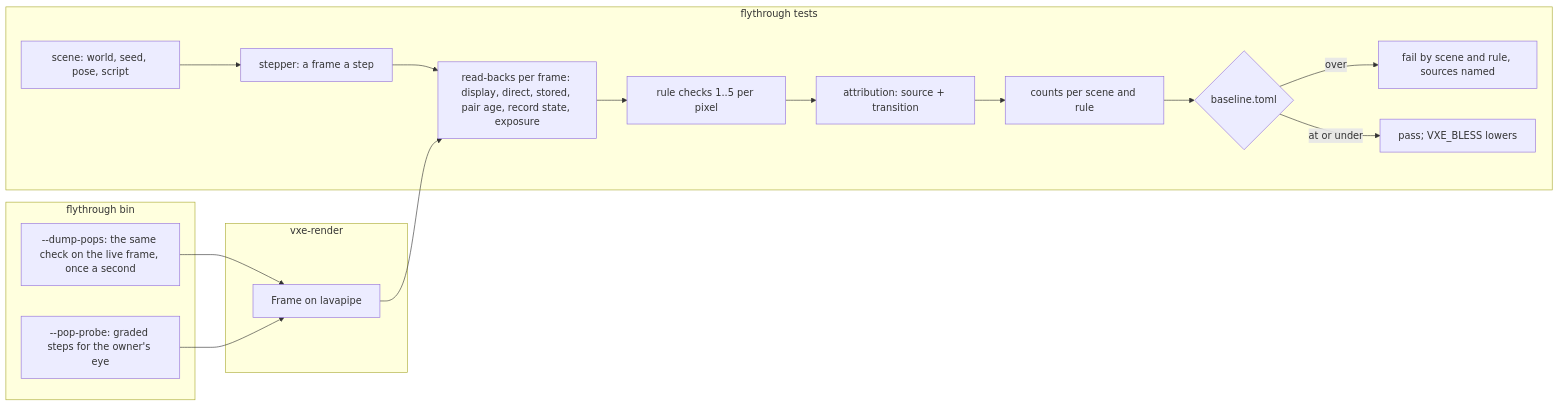
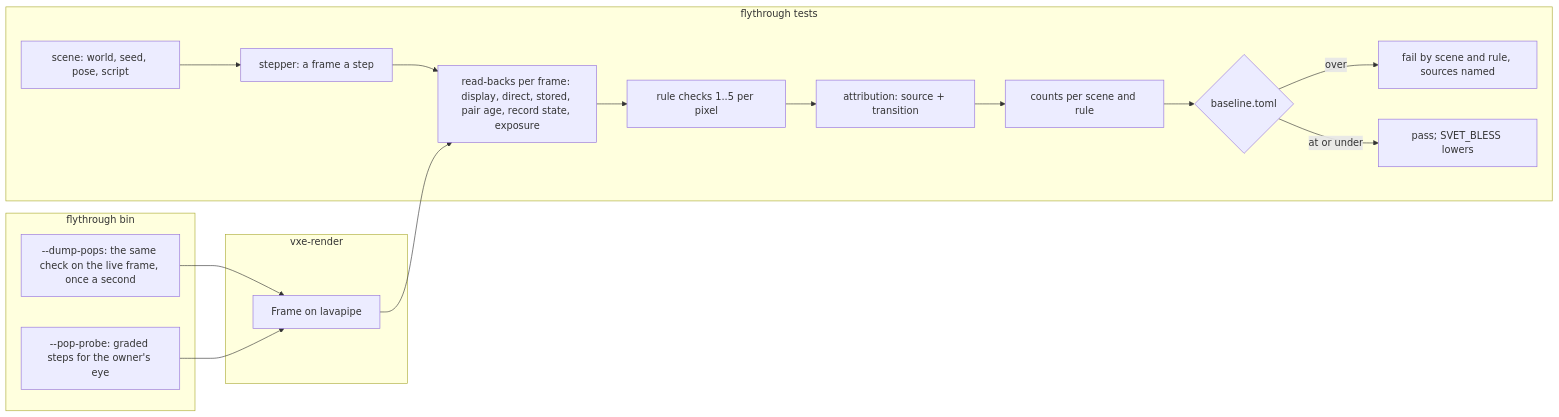
The diagram in docs/plans/0090-the-pop-counter-scenes-on-lavapipe-count-the-pixels-that-break-the-light-rules-a-ratchet.md (IgorKonovalov/voxel-engine), drawn with Mermaid before and after one commit. The commit also changed other lines of this file and 55 other files, not shown here.

````diff
--- a/docs/plans/0090-the-pop-counter-scenes-on-lavapipe-count-the-pixels-that-break-the-light-rules-a-ratchet.md
+++ b/docs/plans/0090-the-pop-counter-scenes-on-lavapipe-count-the-pixels-that-break-the-light-rules-a-ratchet.md
@@ -62,20 +62,20 @@
 ```mermaid
 flowchart LR
     subgraph flythrough tests
         S[scene: world, seed, pose, script] --> ST[stepper: a frame a step]
         ST --> RB[read-backs per frame: display, direct, stored, pair age, record state, exposure]
         RB --> RC[rule checks 1..5 per pixel]
         RC --> AT[attribution: source + transition]
         AT --> CT[counts per scene and rule]
         CT --> BL{baseline.toml}
         BL -->|over| FAIL[fail by scene and rule, sources named]
-        BL -->|at or under| PASS[pass; VXE_BLESS lowers]
+        BL -->|at or under| PASS[pass; SVET_BLESS lowers]
     end
     subgraph vxe-render
         F[Frame on lavapipe] --> RB
     end
     subgraph flythrough bin
         DP[--dump-pops: the same check on the live frame, once a second] --> F
         PP[--pop-probe: graded steps for the owner's eye] --> F
     end
 ```
````
